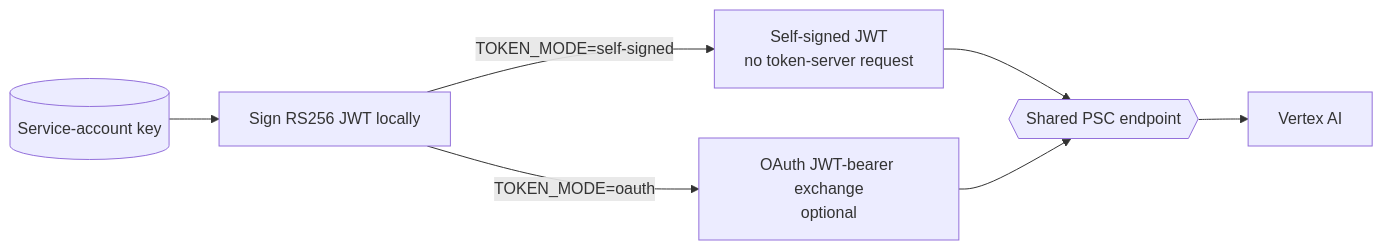
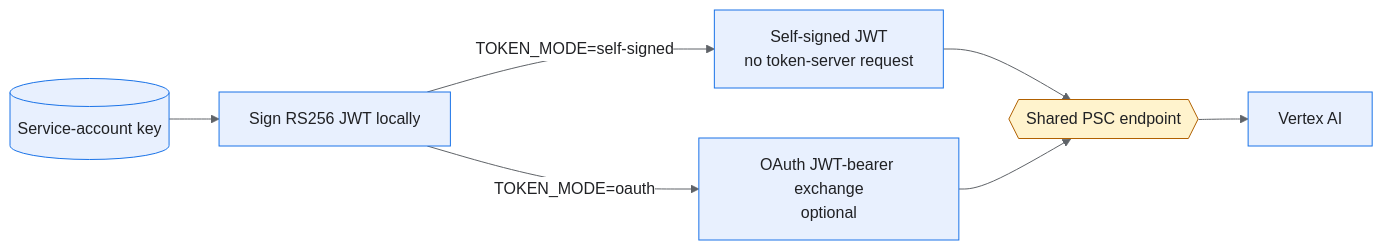
Before and after one commit to UttamGiri/GCP-Bootstrap: the fourth of 4 diagrams in docs/VERTEX-AI-PSC-ONPREM.md, drawn with Mermaid. The commit also changed other lines of this file, not shown here.

First line of the commit message:
Use light Mermaid theme colors for GitHub readability.

````diff
--- a/docs/VERTEX-AI-PSC-ONPREM.md
+++ b/docs/VERTEX-AI-PSC-ONPREM.md
@@ -212,13 +217,18 @@
 ```mermaid
+%%{init: {'theme': 'base', 'themeVariables': {'background': '#ffffff', 'mainBkg': '#ffffff', 'primaryColor': '#e8f0fe', 'primaryTextColor': '#202124', 'primaryBorderColor': '#1a73e8', 'lineColor': '#5f6368', 'textColor': '#202124', 'edgeLabelBackground': '#ffffff'}}}%%
 flowchart LR
     KEY[("Service-account key")]
     SIGN["Sign RS256 JWT locally"]
     SELF["Self-signed JWT<br/>no token-server request"]
     EXCHANGE["OAuth JWT-bearer exchange<br/>optional"]
     PSC{{"Shared PSC endpoint"}}
     VERTEX["Vertex AI"]
     KEY --> SIGN
     SIGN -->|"TOKEN_MODE=self-signed"| SELF --> PSC
     SIGN -->|"TOKEN_MODE=oauth"| EXCHANGE --> PSC
     PSC --> VERTEX
+    classDef node fill:#e8f0fe,stroke:#1a73e8,color:#202124
+    classDef one fill:#fff3cd,stroke:#b06000,color:#202124
+    class KEY,SIGN,SELF,EXCHANGE,VERTEX node
+    class PSC one
 ```
````
